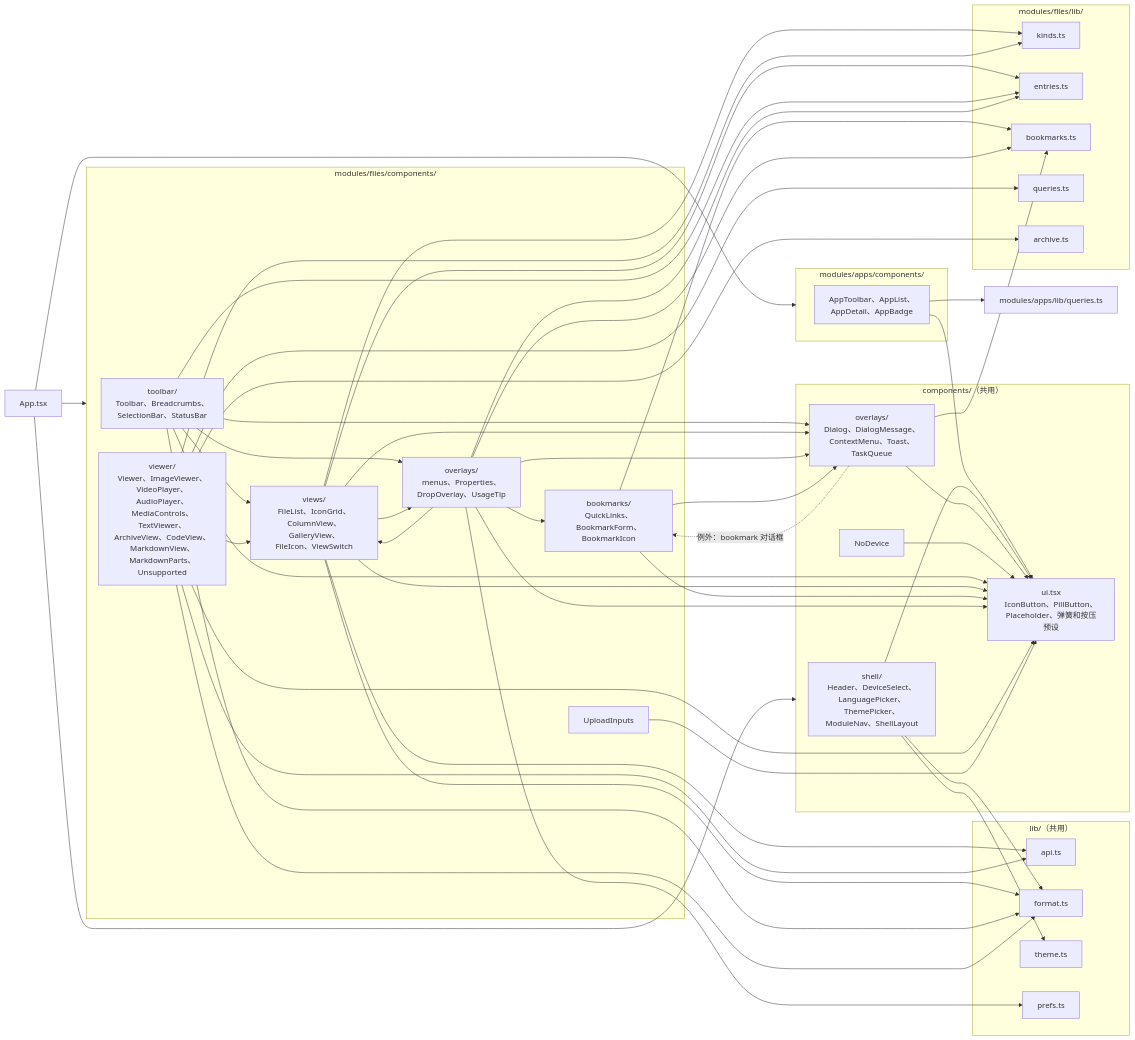
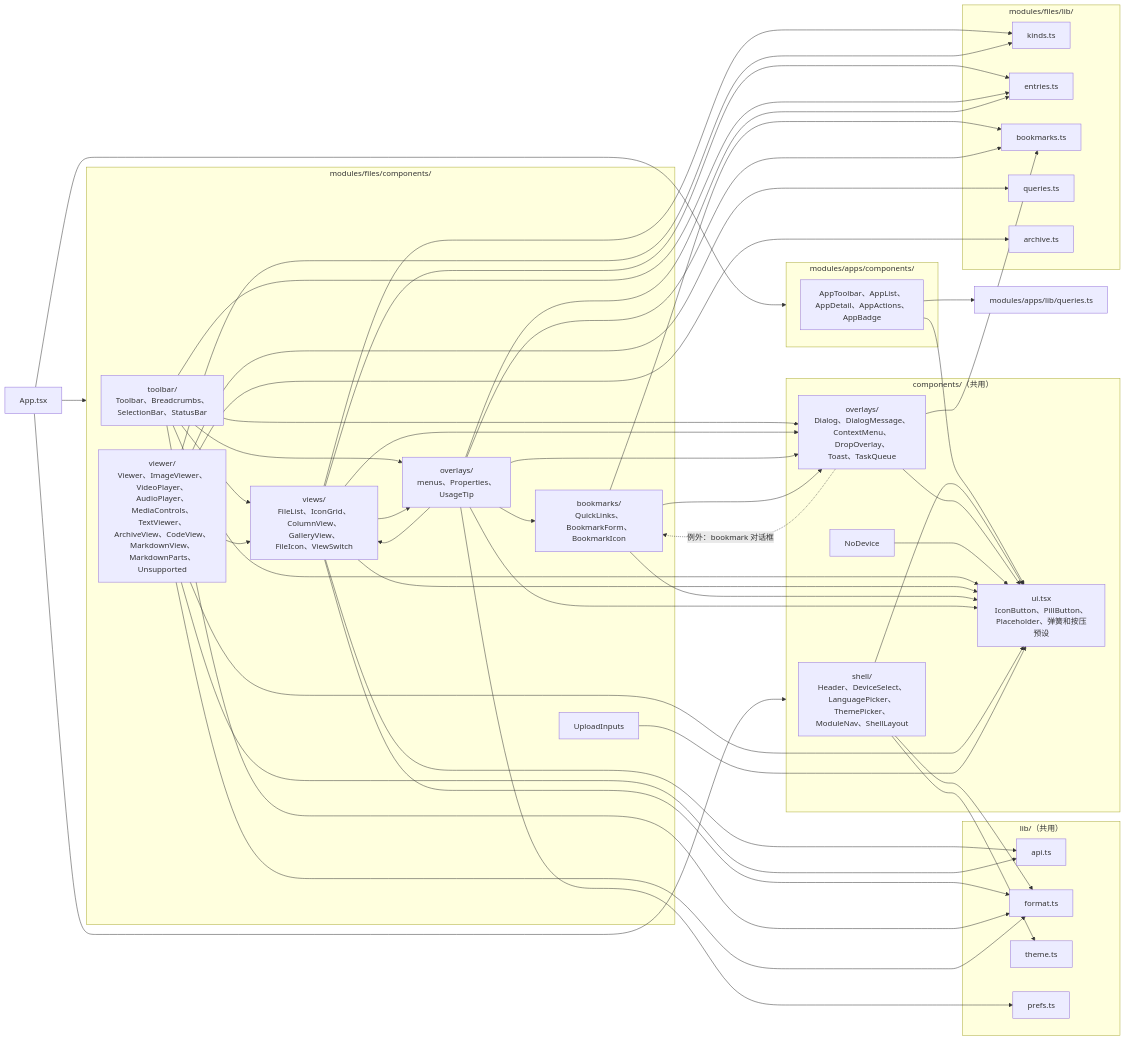
The seventh of 13 diagrams in docs/architecture.md (wynnyu/adb-file-manager), drawn with Mermaid before and after one commit. The commit also changed other lines of this file and 4 other files, not shown here.

Commit message:
Document app actions, install and critical package confirmation

````diff
--- a/docs/architecture.md
+++ b/docs/architecture.md
@@ -376,61 +390,61 @@
 ```mermaid
 flowchart LR
   App["App.tsx"]
   subgraph shellComps["components/（共用）"]
     shell["shell/<br/>Header、DeviceSelect、<br/>LanguagePicker、ThemePicker、<br/>ModuleNav、ShellLayout"]
-    sharedOverlays["overlays/<br/>Dialog、DialogMessage、<br/>ContextMenu、Toast、<br/>TaskQueue"]
+    sharedOverlays["overlays/<br/>Dialog、DialogMessage、<br/>ContextMenu、DropOverlay、<br/>Toast、TaskQueue"]
     noDevice["NoDevice"]
     ui["ui.tsx<br/>IconButton、PillButton、<br/>Placeholder、弹簧和按压预设"]
   end
   subgraph filesComps["modules/files/components/"]
     toolbar["toolbar/<br/>Toolbar、Breadcrumbs、<br/>SelectionBar、StatusBar"]
     views["views/<br/>FileList、IconGrid、<br/>ColumnView、GalleryView、<br/>FileIcon、ViewSwitch"]
     bm["bookmarks/<br/>QuickLinks、BookmarkForm、<br/>BookmarkIcon"]
-    overlays["overlays/<br/>menus、Properties、<br/>DropOverlay、UsageTip"]
+    overlays["overlays/<br/>menus、Properties、<br/>UsageTip"]
     viewer["viewer/<br/>Viewer、ImageViewer、<br/>VideoPlayer、AudioPlayer、<br/>MediaControls、TextViewer、<br/>ArchiveView、CodeView、<br/>MarkdownView、MarkdownParts、<br/>Unsupported"]
     upload["UploadInputs"]
   end
   subgraph appsComps["modules/apps/components/"]
-    appsUi["AppToolbar、AppList、<br/>AppDetail、AppBadge"]
+    appsUi["AppToolbar、AppList、<br/>AppDetail、AppActions、<br/>AppBadge"]
   end
   subgraph lib["lib/（共用）"]
     api["api.ts"]
     format["format.ts"]
     theme["theme.ts"]
     prefs["prefs.ts"]
   end
   subgraph filesLib["modules/files/lib/"]
     kinds["kinds.ts"]
     entries["entries.ts"]
     bookmarksLib["bookmarks.ts"]
     queries["queries.ts"]
     archiveLib["archive.ts"]
   end
 
   App --> shellComps
   App --> filesComps
   App --> appsComps
   appsUi --> ui
   appsUi --> appsQ["modules/apps/lib/queries.ts"]
   shell & sharedOverlays & noDevice & toolbar & views & bm & overlays & viewer & upload --> ui
   toolbar --> views
   toolbar --> overlays
   toolbar --> sharedOverlays
   views --> overlays
   views --> sharedOverlays
   overlays --> bm
   overlays --> views
   overlays --> sharedOverlays
   bm --> sharedOverlays
   sharedOverlays -. "例外：bookmark 对话框" .-> bm
   views --> api
   views --> format & kinds & entries
   toolbar --> format & entries
   shell --> format & theme
   bm --> bookmarksLib
   sharedOverlays --> bookmarksLib
   overlays --> bookmarksLib & entries & prefs
   viewer --> views
   viewer --> api & queries & format & kinds
   viewer --> archiveLib
 ```
````
